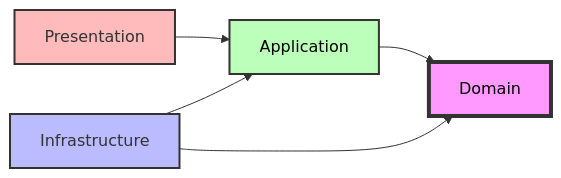
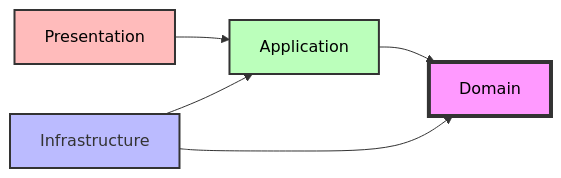
Before and after one commit to awalekeeran/CleanArchitectureTemplate: the diagram in README.md, drawn with Mermaid.

````diff
--- a/README.md
+++ b/README.md
@@ -14,12 +14,12 @@
 ```mermaid
 graph LR
     Presentation --> Application
     Application --> Domain
     Infrastructure --> Application
     Infrastructure --> Domain
     
     style Domain fill:#f9f,stroke:#333,stroke-width:4px,color:#000
     style Application fill:#bfb,stroke:#333,stroke-width:2px,color:#000
-    style Presentation fill:#fbb,stroke:#333,stroke-width:2px
+    style Presentation fill:#fbb,stroke:#333,stroke-width:2px,color:#000
     style Infrastructure fill:#bbf,stroke:#333,stroke-width:2px
 ```
````
